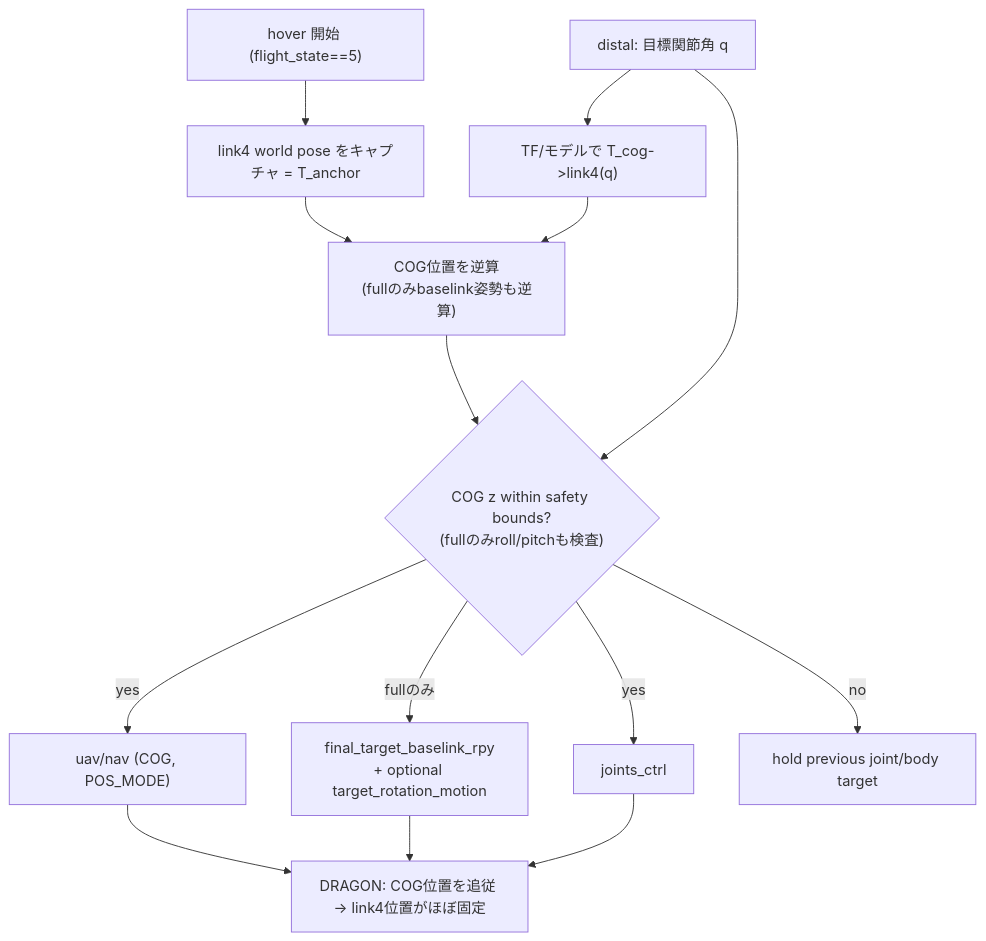
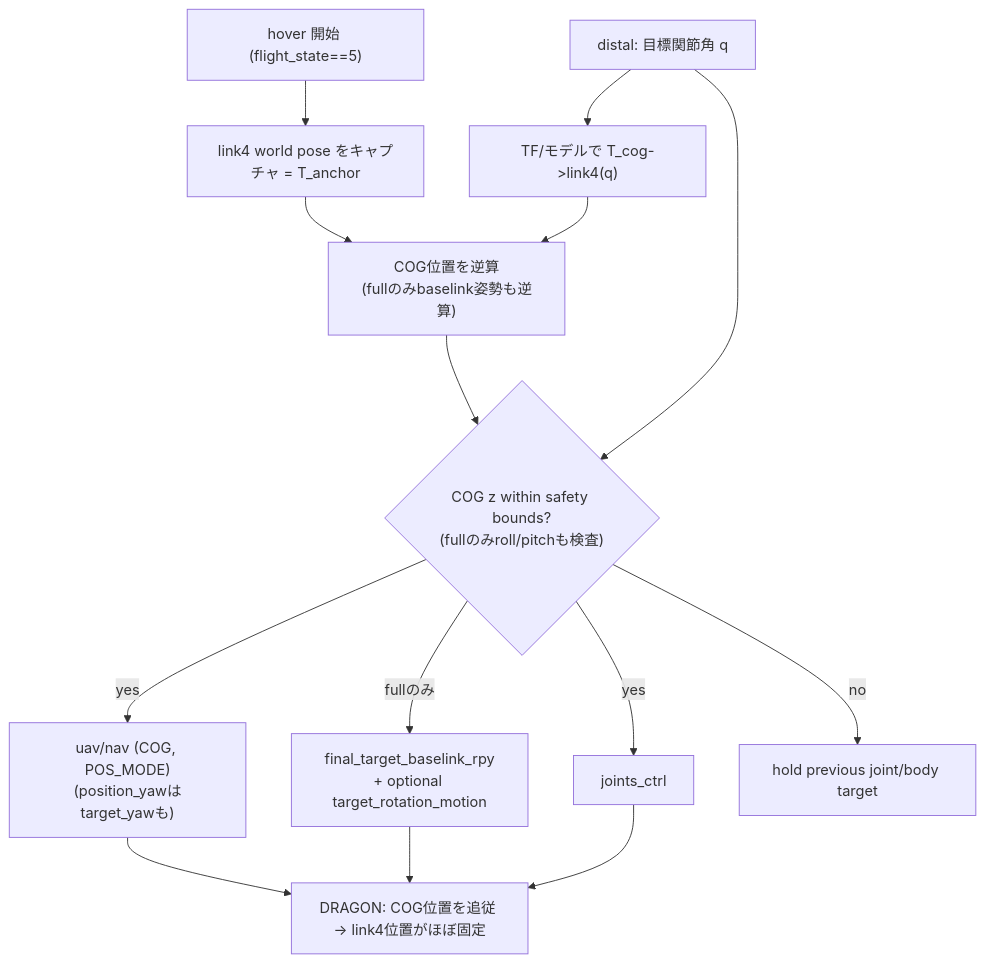
One commit to Tomoya-Oku/jsk_aerial_robot changed the diagram in robots/dracomancer/docs/link4_anchor.md. Above: the diagram before and after it, drawn with Mermaid. The commit also changed other lines of this file and 5 other files, not shown here.

````diff
--- a/robots/dracomancer/docs/link4_anchor.md
+++ b/robots/dracomancer/docs/link4_anchor.md
@@ -88,16 +131,16 @@
 ```mermaid
 flowchart TD
     H["hover 開始 (flight_state==5)"] --> CAP["link4 world pose をキャプチャ = T_anchor"]
     Q["distal: 目標関節角 q"] --> FK["TF/モデルで T_cog->link4(q)"]
     CAP --> COMP
     FK --> COMP["COG位置を逆算<br/>(fullのみbaselink姿勢も逆算)"]
     COMP --> SAFE{"COG z within safety bounds?<br/>(fullのみroll/pitchも検査)"}
-    SAFE -->|yes| NAV["uav/nav (COG, POS_MODE)"]
+    SAFE -->|yes| NAV["uav/nav (COG, POS_MODE)<br/>(position_yawはtarget_yawも)"]
     SAFE -->|fullのみ| RPY["final_target_baselink_rpy<br/>+ optional target_rotation_motion"]
     SAFE -->|yes| JC["joints_ctrl"]
     SAFE -->|no| HOLD["hold previous joint/body target"]
     Q --> SAFE
     NAV --> DRAGON
     RPY --> DRAGON
     JC --> DRAGON["DRAGON: COG位置を追従 → link4位置がほぼ固定"]
 ```
````
